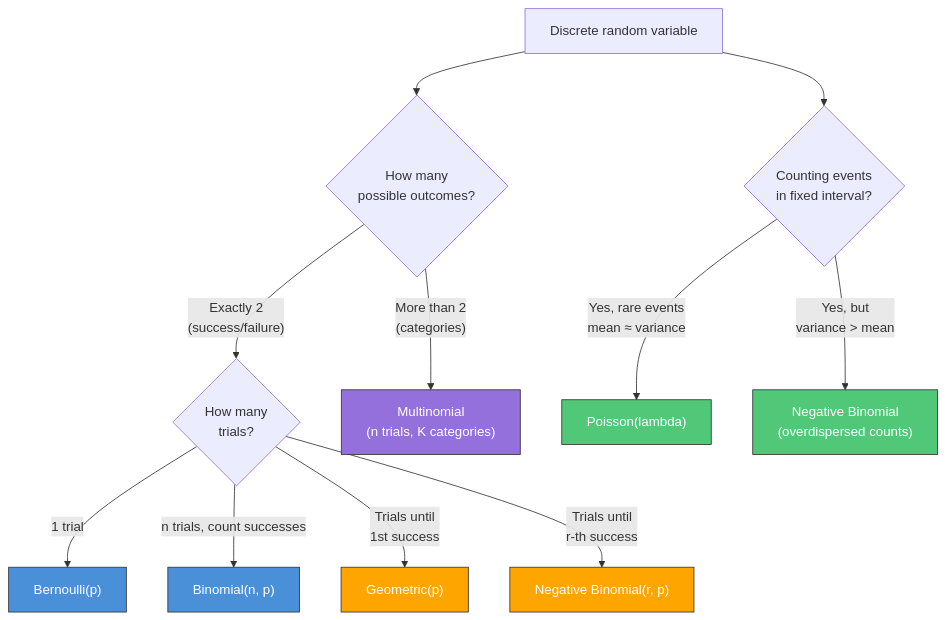
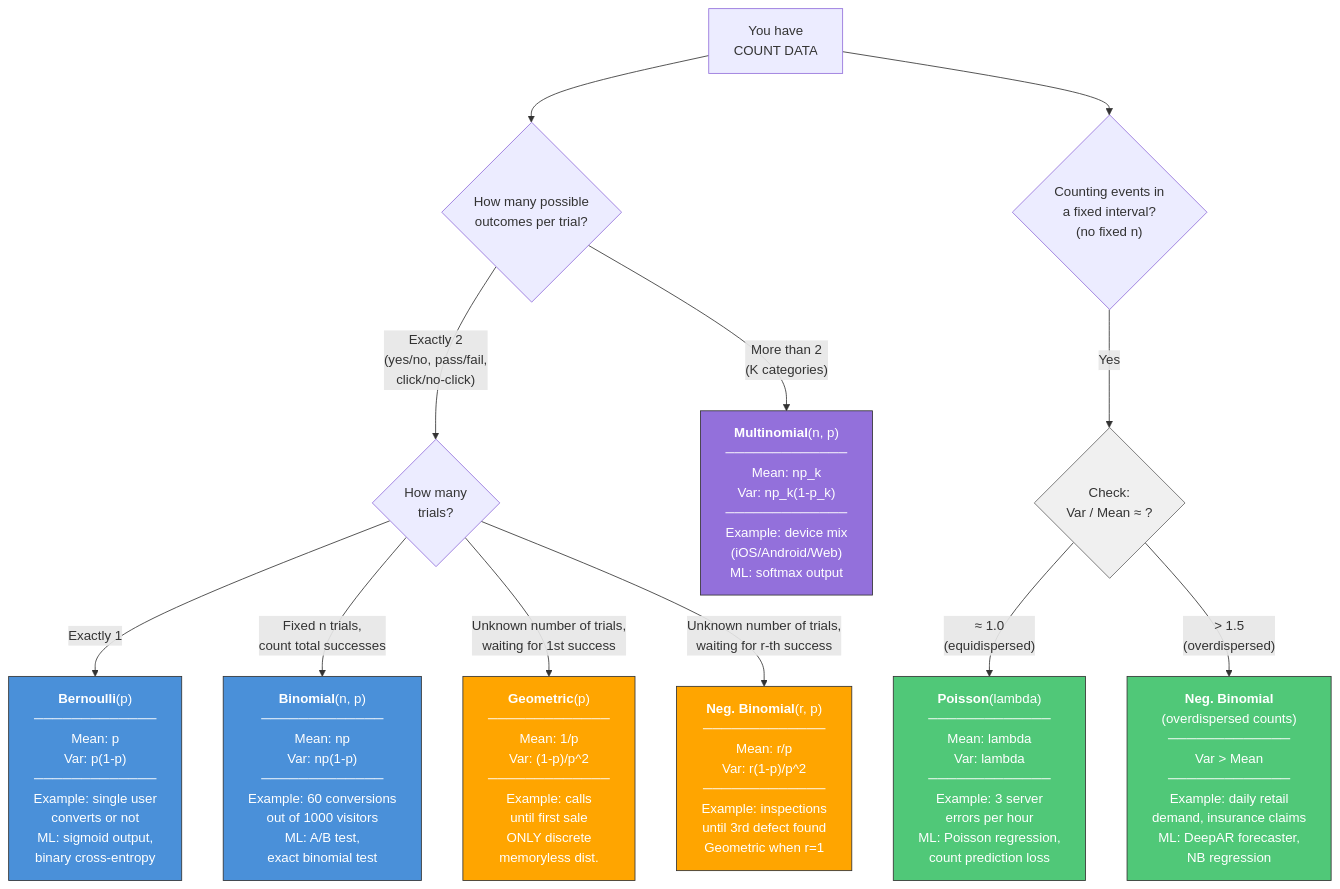
Before and after one commit to MKamel1/tech-study: the first of 5 diagrams in probability_statistics_linearAlgebra_foundations/22_distributions.md, drawn with Mermaid. The commit also changed other lines of this file and 2 other files, not shown here.

````diff
--- a/probability_statistics_linearAlgebra_foundations/22_distributions.md
+++ b/probability_statistics_linearAlgebra_foundations/22_distributions.md
@@ -435,26 +722,32 @@
 ```mermaid
 flowchart TD
-    START["Discrete random variable"]
-    
-    START --> Q1{"How many<br/>possible outcomes?"}
-    
-    Q1 -->|"Exactly 2<br/>(success/failure)"| Q2{"How many<br/>trials?"}
-    Q1 -->|"More than 2<br/>(categories)"| MULTI["Multinomial<br/>(n trials, K categories)"]
-    
-    Q2 -->|"1 trial"| BERN["Bernoulli(p)"]
-    Q2 -->|"n trials, count successes"| BINOM["Binomial(n, p)"]
-    Q2 -->|"Trials until<br/>1st success"| GEOM["Geometric(p)"]
-    Q2 -->|"Trials until<br/>r-th success"| NEGBIN["Negative Binomial(r, p)"]
-    
-    START --> Q3{"Counting events<br/>in fixed interval?"}
-    Q3 -->|"Yes, rare events<br/>mean ≈ variance"| POIS["Poisson(lambda)"]
-    Q3 -->|"Yes, but<br/>variance > mean"| NEGBIN2["Negative Binomial<br/>(overdispersed counts)"]
-    
+    START["You have<br/>COUNT DATA"]
+
+    START --> Q1{"How many possible<br/>outcomes per trial?"}
+
+    Q1 -->|"Exactly 2<br/>(yes/no, pass/fail,<br/>click/no-click)"| Q2{"How many<br/>trials?"}
+    Q1 -->|"More than 2<br/>(K categories)"| MULTI["<strong>Multinomial</strong>(n, p)<br/>─────────────<br/>Mean: np_k<br/>Var: np_k(1-p_k)<br/>─────────────<br/>Example: device mix<br/>(iOS/Android/Web)<br/>ML: softmax output"]
+
+    Q2 -->|"Exactly 1"| BERN["<strong>Bernoulli</strong>(p)<br/>─────────────<br/>Mean: p<br/>Var: p(1-p)<br/>─────────────<br/>Example: single user<br/>converts or not<br/>ML: sigmoid output,<br/>binary cross-entropy"]
+
+    Q2 -->|"Fixed n trials,<br/>count total successes"| BINOM["<strong>Binomial</strong>(n, p)<br/>─────────────<br/>Mean: np<br/>Var: np(1-p)<br/>─────────────<br/>Example: 60 conversions<br/>out of 1000 visitors<br/>ML: A/B test,<br/>exact binomial test"]
+
+    Q2 -->|"Unknown number of trials,<br/>waiting for 1st success"| GEOM["<strong>Geometric</strong>(p)<br/>─────────────<br/>Mean: 1/p<br/>Var: (1-p)/p^2<br/>─────────────<br/>Example: calls<br/>until first sale<br/>ONLY discrete<br/>memoryless dist."]
+
+    Q2 -->|"Unknown number of trials,<br/>waiting for r-th success"| NEGBIN_WAIT["<strong>Neg. Binomial</strong>(r, p)<br/>─────────────<br/>Mean: r/p<br/>Var: r(1-p)/p^2<br/>─────────────<br/>Example: inspections<br/>until 3rd defect found<br/>Geometric when r=1"]
+
+    START --> Q3{"Counting events in<br/>a fixed interval?<br/>(no fixed n)"}
+
+    Q3 -->|"Yes"| Q4{"Check:<br/>Var / Mean ≈ ?"}
+    Q4 -->|"≈ 1.0<br/>(equidispersed)"| POIS["<strong>Poisson</strong>(lambda)<br/>─────────────<br/>Mean: lambda<br/>Var: lambda<br/>─────────────<br/>Example: 3 server<br/>errors per hour<br/>ML: Poisson regression,<br/>count prediction loss"]
+    Q4 -->|"> 1.5<br/>(overdispersed)"| NEGBIN_OD["<strong>Neg. Binomial</strong><br/>(overdispersed counts)<br/>─────────────<br/>Var > Mean<br/>─────────────<br/>Example: daily retail<br/>demand, insurance claims<br/>ML: DeepAR forecaster,<br/>NB regression"]
+
     style BERN fill:#4a90d9,stroke:#333,color:#fff
     style BINOM fill:#4a90d9,stroke:#333,color:#fff
     style POIS fill:#50c878,stroke:#333,color:#fff
     style GEOM fill:#ffa500,stroke:#333,color:#fff
-    style NEGBIN fill:#ffa500,stroke:#333,color:#fff
-    style NEGBIN2 fill:#50c878,stroke:#333,color:#fff
+    style NEGBIN_WAIT fill:#ffa500,stroke:#333,color:#fff
+    style NEGBIN_OD fill:#50c878,stroke:#333,color:#fff
     style MULTI fill:#9370db,stroke:#333,color:#fff
+    style Q4 fill:#f0f0f0,stroke:#666,color:#333
 ```
````
